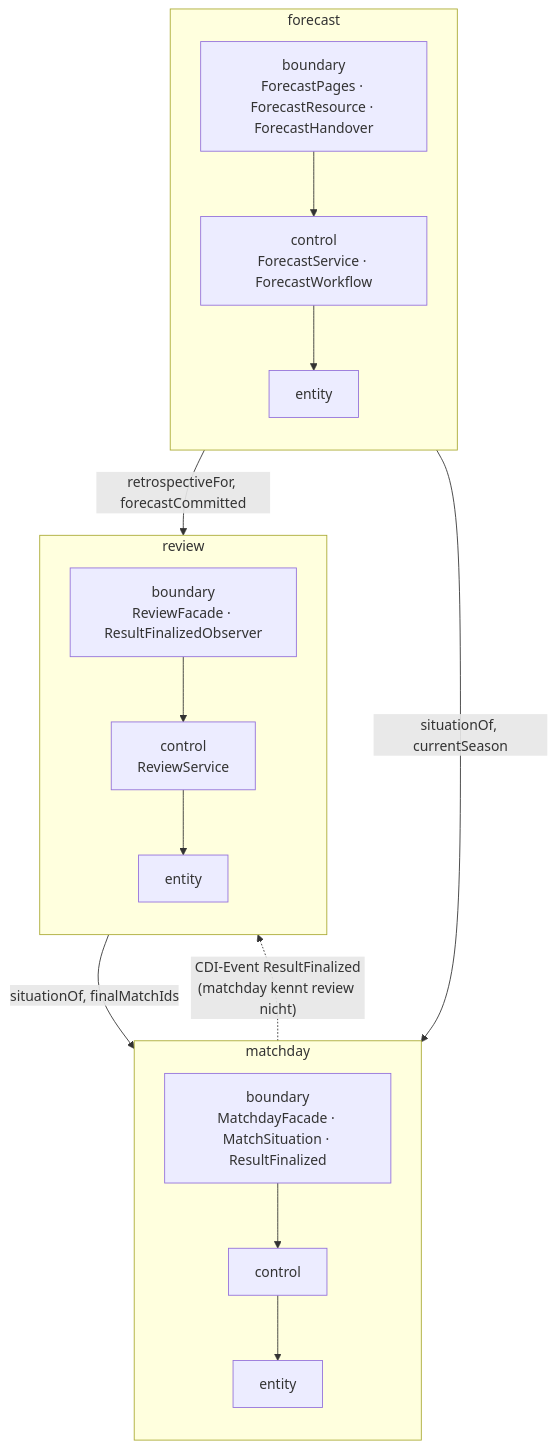
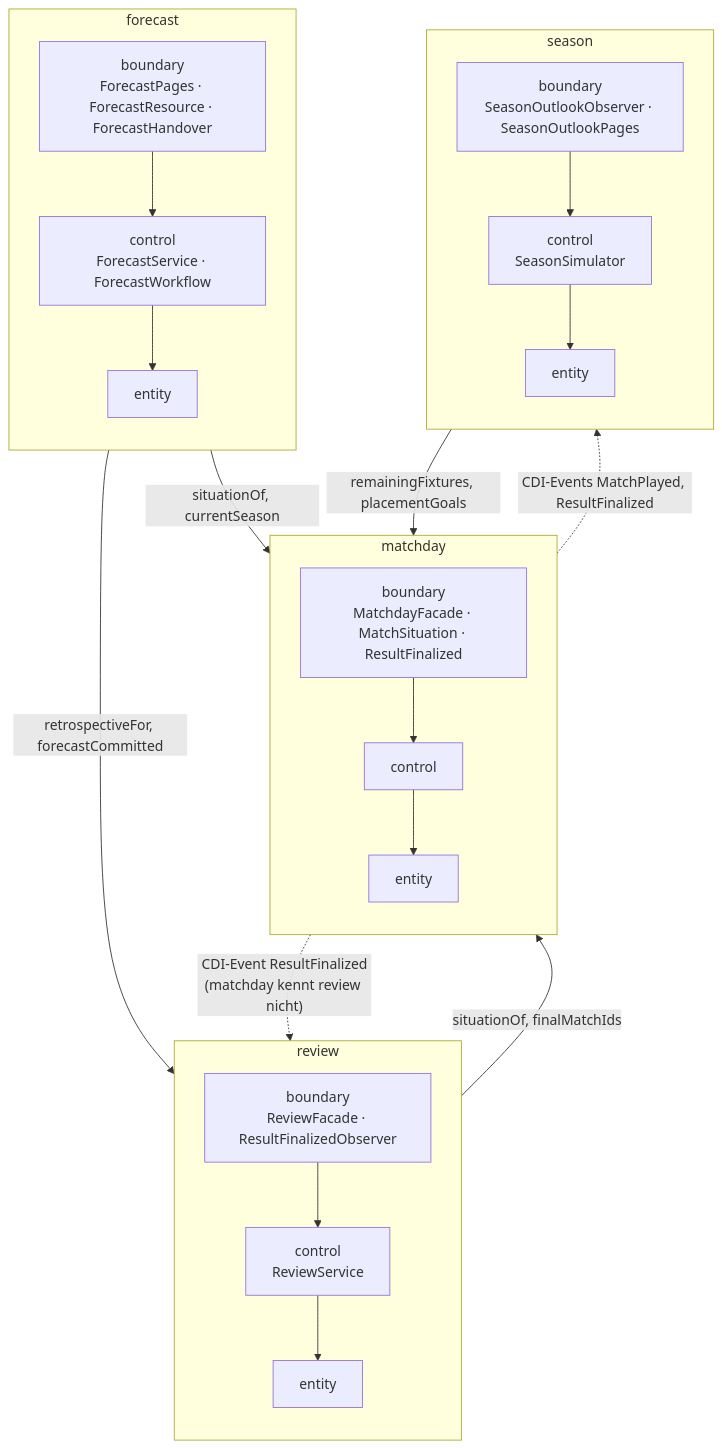
One commit to mgoericke/rasenradar changed the second of 2 diagrams in docs/architecture/README.md. Above: the diagram before and after it, drawn with Mermaid. The commit also changed other lines of this file and 2 other files, not shown here.

First line of the commit message:
docs(architecture): Überblick auf den Stand November 2026 bringen (#121)

````diff
--- a/docs/architecture/README.md
+++ b/docs/architecture/README.md
@@ -64,29 +71,38 @@
 ```mermaid
 flowchart TB
     subgraph matchday
         direction TB
         mdB[boundary<br/>MatchdayFacade · MatchSituation · ResultFinalized]
         mdC[control]
         mdE[entity]
         mdB --> mdC --> mdE
     end
     subgraph forecast
         direction TB
         fcB[boundary<br/>ForecastPages · ForecastResource · ForecastHandover]
         fcC[control<br/>ForecastService · ForecastWorkflow]
         fcE[entity]
         fcB --> fcC --> fcE
     end
     subgraph review
         direction TB
         rvB[boundary<br/>ReviewFacade · ResultFinalizedObserver]
         rvC[control<br/>ReviewService]
         rvE[entity]
         rvB --> rvC --> rvE
     end
+    subgraph season
+        direction TB
+        snB[boundary<br/>SeasonOutlookObserver · SeasonOutlookPages]
+        snC[control<br/>SeasonSimulator]
+        snE[entity]
+        snB --> snC --> snE
+    end
 
     fcC -- "situationOf, currentSeason" --> mdB
     fcC -- "retrospectiveFor, forecastCommitted" --> rvB
     rvC -- "situationOf, finalMatchIds" --> mdB
+    snB -- "remainingFixtures, placementGoals" --> mdB
     mdB -. "CDI-Event ResultFinalized<br/>(matchday kennt review nicht)" .-> rvB
+    mdB -. "CDI-Events MatchPlayed, ResultFinalized" .-> snB
 ```
````
